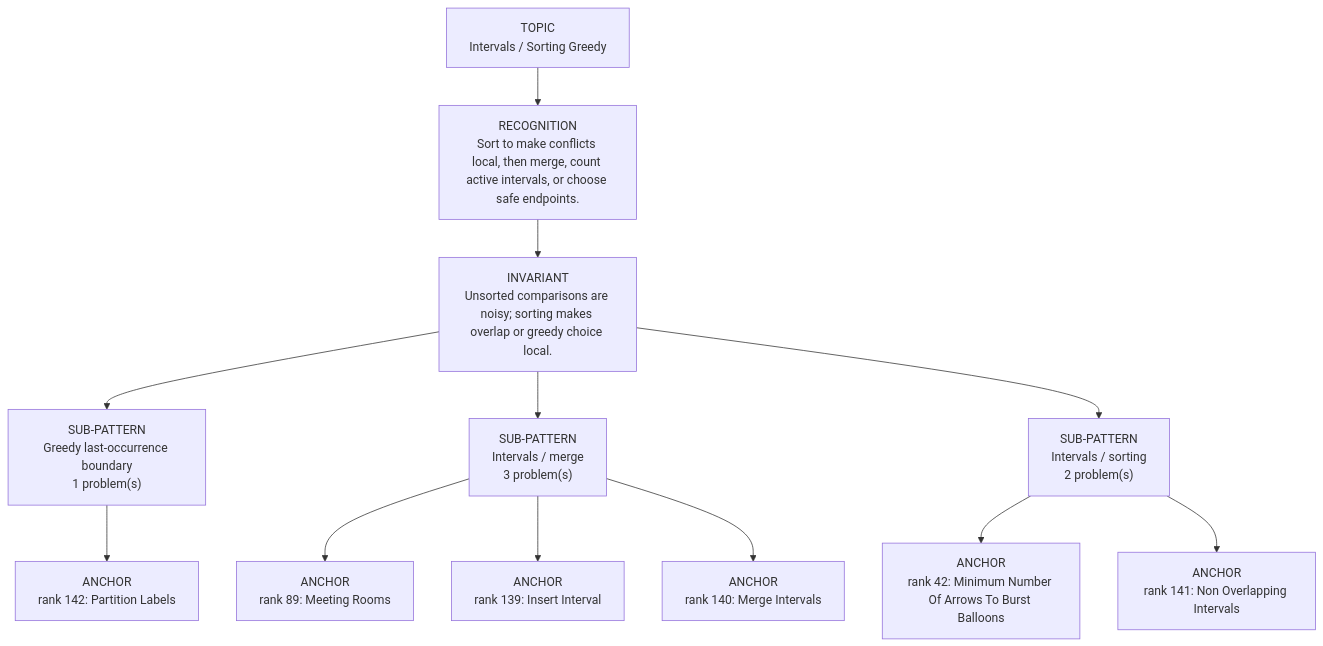
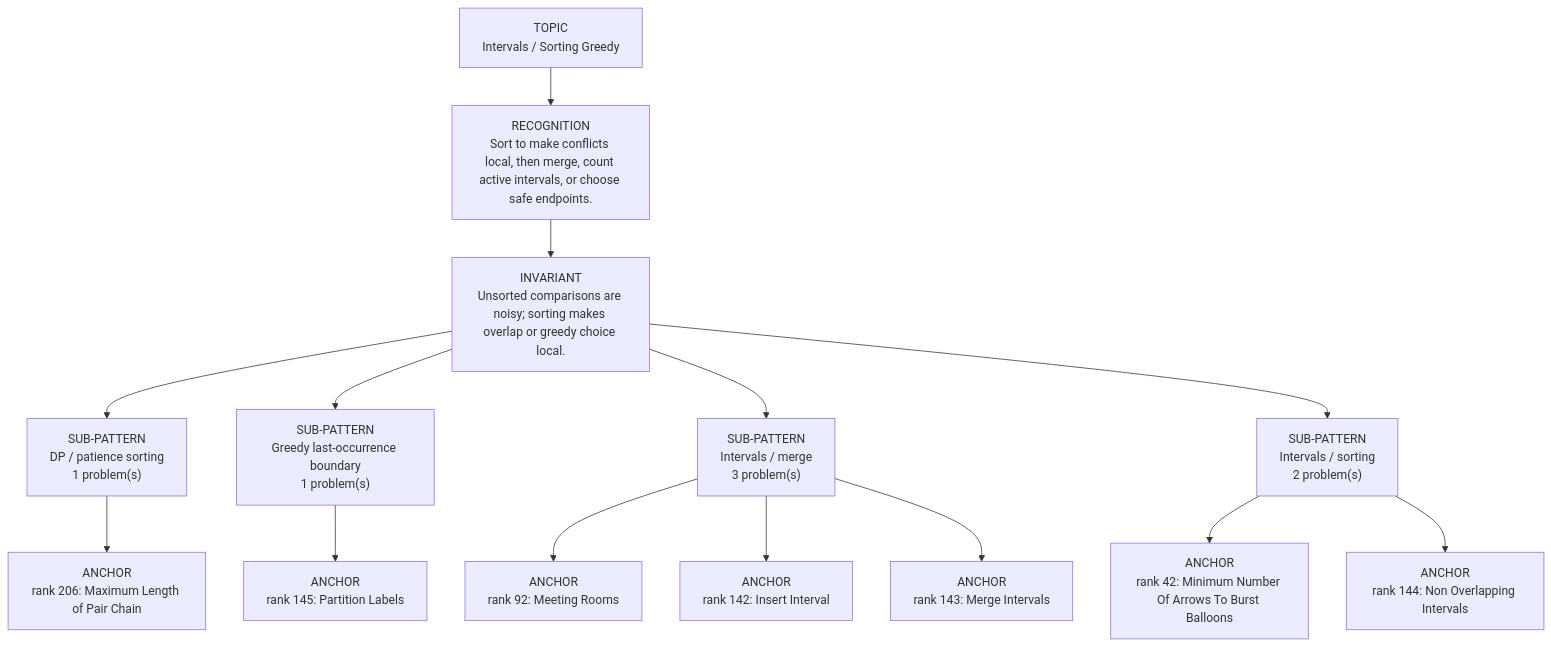
One commit to thechiranjeevjain/DSA10days changed the diagram in dsa-review/interview/patterns/17_intervals_greedy.md. Above: the diagram before and after it, drawn with Mermaid. The commit also changed other lines of this file and 51 other files, not shown here.

````diff
--- a/dsa-review/interview/patterns/17_intervals_greedy.md
+++ b/dsa-review/interview/patterns/17_intervals_greedy.md
@@ -15,16 +15,18 @@
 ```mermaid
 flowchart TD
   Topic["TOPIC<br/>Intervals / Sorting Greedy"]
   Recognition["RECOGNITION<br/>Sort to make conflicts local, then merge, count active intervals, or choose safe endpoints."]
   Invariant["INVARIANT<br/>Unsorted comparisons are noisy; sorting makes overlap or greedy choice local."]
   Topic --> Recognition --> Invariant
-  Invariant --> Sub01["SUB-PATTERN<br/>Greedy last-occurrence boundary<br/>1 problem(s)"]
-  Sub01 --> Sub01A01["ANCHOR<br/>rank 142: Partition Labels"]
-  Invariant --> Sub02["SUB-PATTERN<br/>Intervals / merge<br/>3 problem(s)"]
-  Sub02 --> Sub02A01["ANCHOR<br/>rank 89: Meeting Rooms"]
-  Sub02 --> Sub02A02["ANCHOR<br/>rank 139: Insert Interval"]
-  Sub02 --> Sub02A03["ANCHOR<br/>rank 140: Merge Intervals"]
-  Invariant --> Sub03["SUB-PATTERN<br/>Intervals / sorting<br/>2 problem(s)"]
-  Sub03 --> Sub03A01["ANCHOR<br/>rank 42: Minimum Number Of Arrows To Burst Balloons"]
-  Sub03 --> Sub03A02["ANCHOR<br/>rank 141: Non Overlapping Intervals"]
+  Invariant --> Sub01["SUB-PATTERN<br/>DP / patience sorting<br/>1 problem(s)"]
+  Sub01 --> Sub01A01["ANCHOR<br/>rank 206: Maximum Length of Pair Chain"]
+  Invariant --> Sub02["SUB-PATTERN<br/>Greedy last-occurrence boundary<br/>1 problem(s)"]
+  Sub02 --> Sub02A01["ANCHOR<br/>rank 145: Partition Labels"]
+  Invariant --> Sub03["SUB-PATTERN<br/>Intervals / merge<br/>3 problem(s)"]
+  Sub03 --> Sub03A01["ANCHOR<br/>rank 92: Meeting Rooms"]
+  Sub03 --> Sub03A02["ANCHOR<br/>rank 142: Insert Interval"]
+  Sub03 --> Sub03A03["ANCHOR<br/>rank 143: Merge Intervals"]
+  Invariant --> Sub04["SUB-PATTERN<br/>Intervals / sorting<br/>2 problem(s)"]
+  Sub04 --> Sub04A01["ANCHOR<br/>rank 42: Minimum Number Of Arrows To Burst Balloons"]
+  Sub04 --> Sub04A02["ANCHOR<br/>rank 144: Non Overlapping Intervals"]
 ```
````
